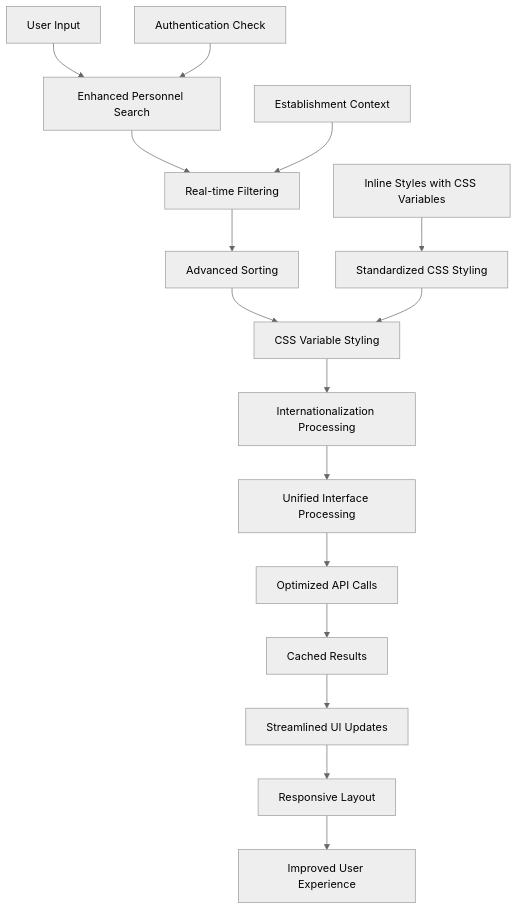
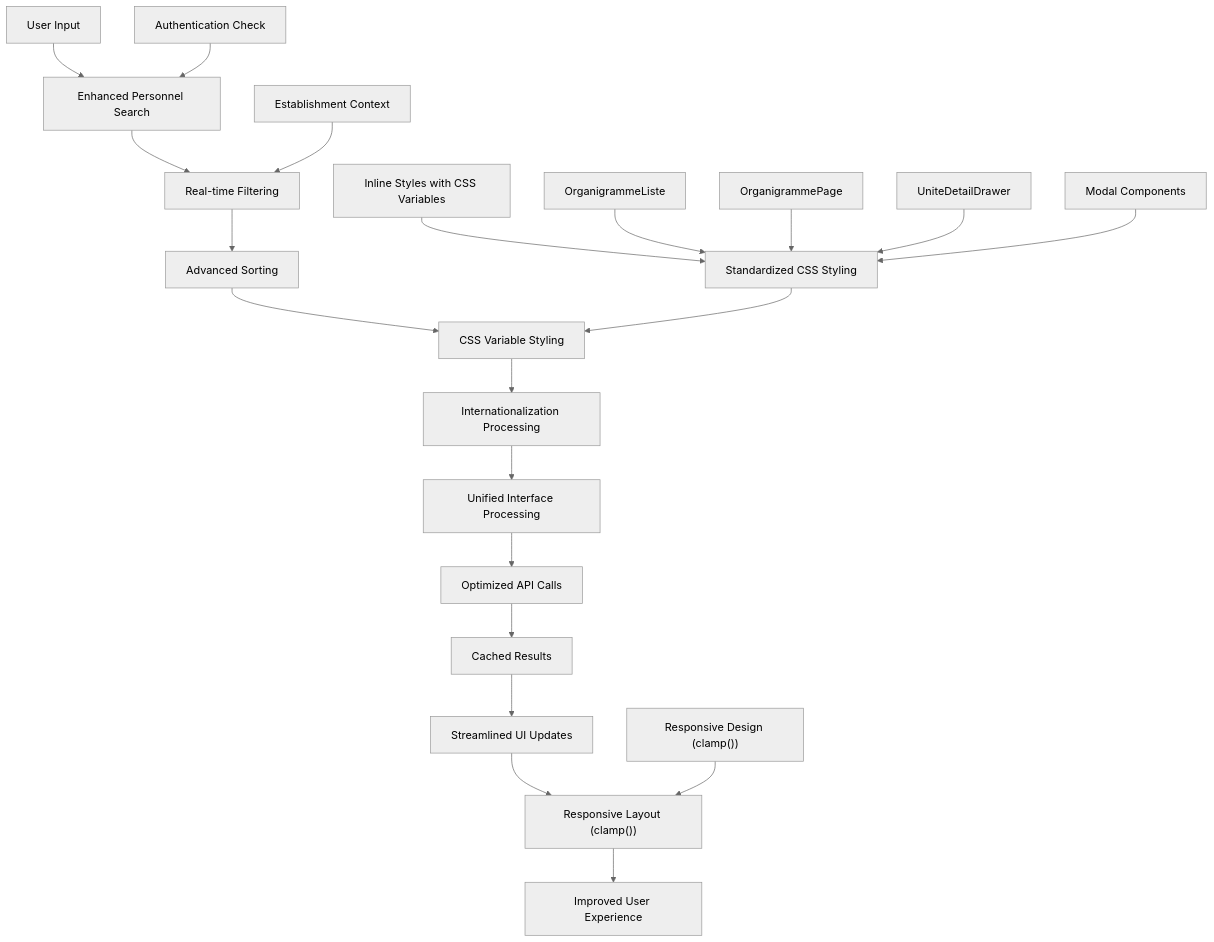
The eighth of 10 diagrams in .qoder/repowiki/en/content/Human Resources Management/Personnel Administration/Organizational Structure.md (franckylab/eLISAschool), drawn with Mermaid (neutral theme) before and after one commit. The commit also changed other lines of this file and 24 other files, not shown here.

````diff
--- a/.qoder/repowiki/en/content/Human Resources Management/Personnel Administration/Organizational Structure.md
+++ b/.qoder/repowiki/en/content/Human Resources Management/Personnel Administration/Organizational Structure.md
@@ -462,18 +510,23 @@
 ```mermaid
 flowchart TD
 A["User Input"] --> B["Enhanced Personnel Search"]
 B --> C["Real-time Filtering"]
 C --> D["Advanced Sorting"]
 D --> E["CSS Variable Styling"]
 E --> F["Internationalization Processing"]
 F --> G["Unified Interface Processing"]
 G --> H["Optimized API Calls"]
 H --> I["Cached Results"]
 I --> J["Streamlined UI Updates"]
-J --> K["Responsive Layout"]
+J --> K["Responsive Layout (clamp())"]
 K --> L["Improved User Experience"]
 M["Authentication Check"] --> B
 N["Establishment Context"] --> C
 O["Standardized CSS Styling"] --> E
 P["Inline Styles with CSS Variables"] --> O
+Q["Responsive Design (clamp())"] --> K
+R["OrganigrammeListe"] --> O
+S["OrganigrammePage"] --> O
+T["UniteDetailDrawer"] --> O
+U["Modal Components"] --> O
 ```
````
